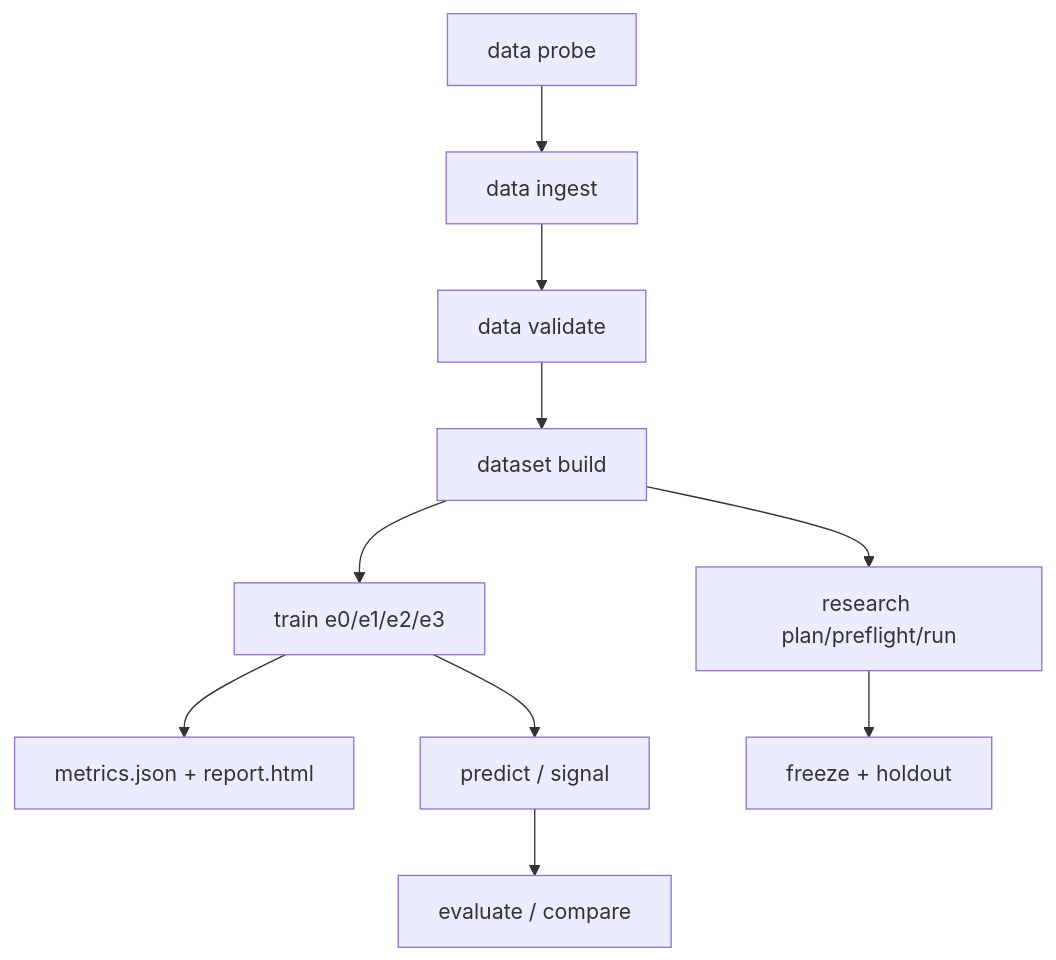
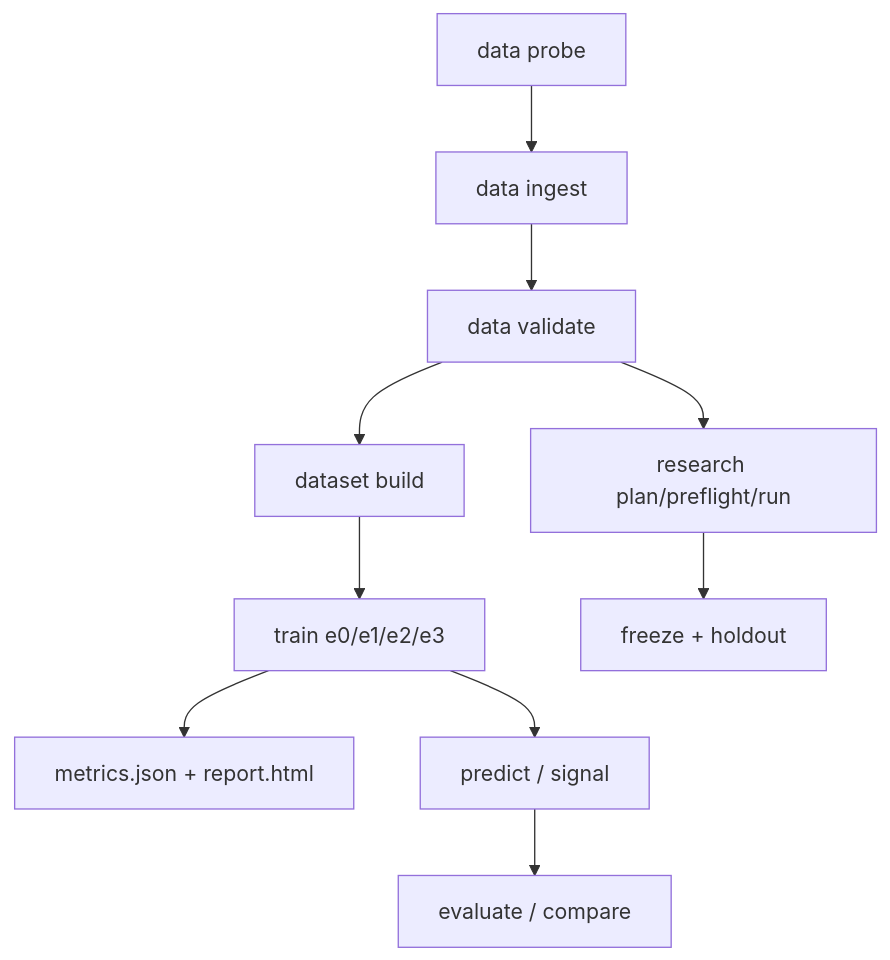
One commit to wwbotww/FacDiggerNN changed the second of 2 diagrams in docs/开发文档.md. Above: the diagram before and after it, drawn with Mermaid. The commit also changed other lines of this file and 19 other files, not shown here.

````diff
--- a/docs/开发文档.md
+++ b/docs/开发文档.md
@@ -245,12 +246,12 @@
 ```mermaid
 flowchart TD
     P["data probe"] --> I["data ingest"]
     I --> V["data validate"]
     V --> S["dataset build"]
     S --> T["train e0/e1/e2/e3"]
     T --> M["metrics.json + report.html"]
     T --> R["predict / signal"]
     R --> X["evaluate / compare"]
-    S --> W["research plan/preflight/run"]
+    V --> W["research plan/preflight/run"]
     W --> F["freeze + holdout"]
 ```
````
